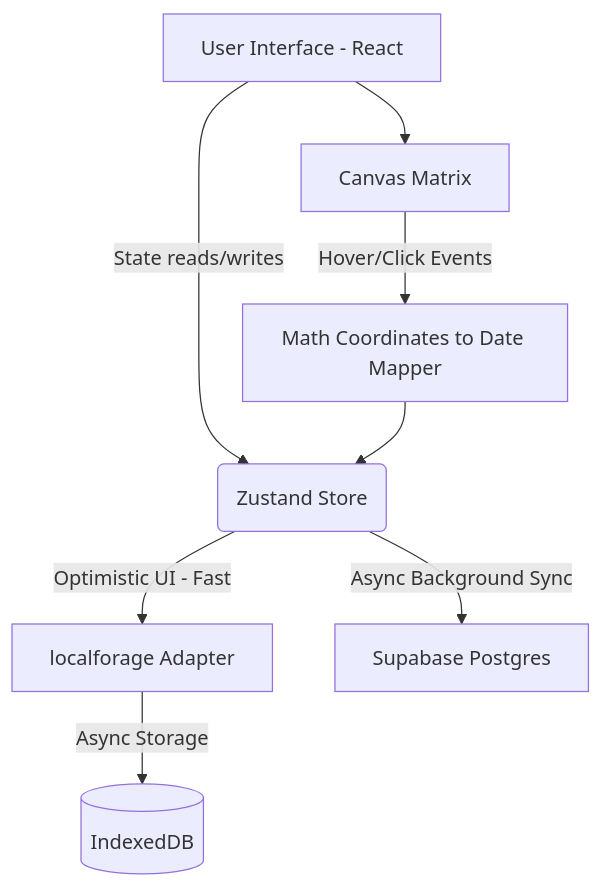
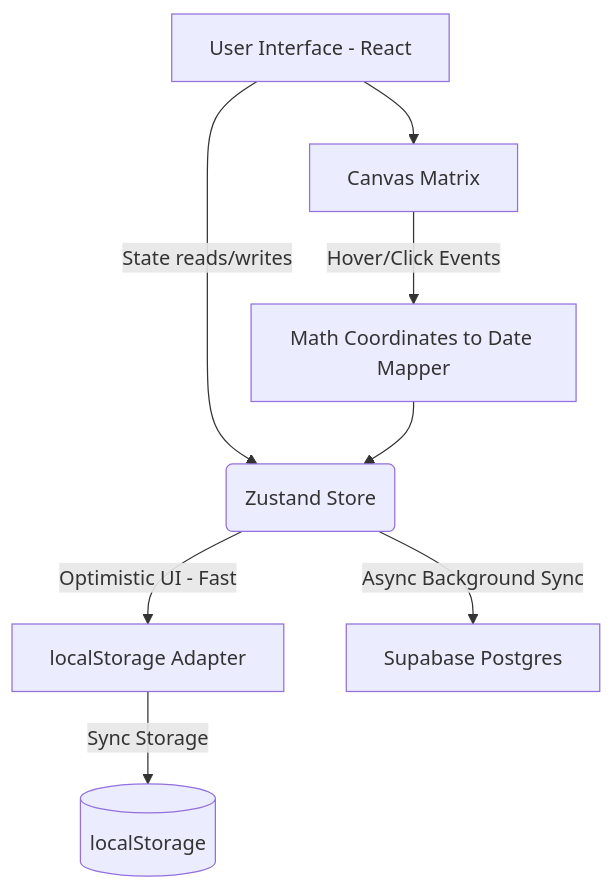
Before and after one commit to PundarikakshNTripathi/Kairos: the diagram in README.md, drawn with Mermaid. The commit also changed other lines of this file, not shown here.

Commit message:
docs: update architecture and repo structure

````diff
--- a/README.md
+++ b/README.md
@@ -33,11 +33,11 @@
 ```mermaid
 graph TD
     A[User Interface - React] -->|State reads/writes| B(Zustand Store)
-    B -->|Optimistic UI - Fast| C[localforage Adapter]
+    B -->|Optimistic UI - Fast| C[localStorage Adapter]
     B -->|Async Background Sync| G[Supabase Postgres]
-    C -->|Async Storage| D[(IndexedDB)]
+    C -->|Sync Storage| D[(localStorage)]
     
     A --> E[Canvas Matrix]
     E -->|Hover/Click Events| F[Math Coordinates to Date Mapper]
     F --> B
 ```
````
